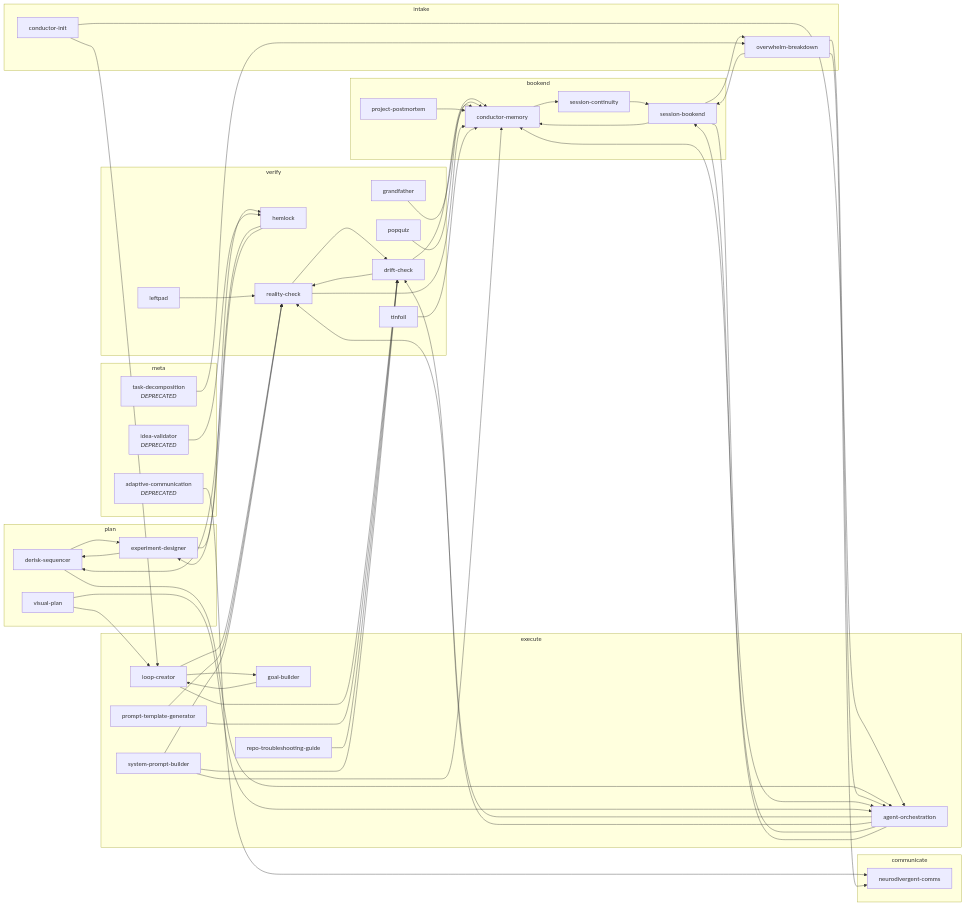
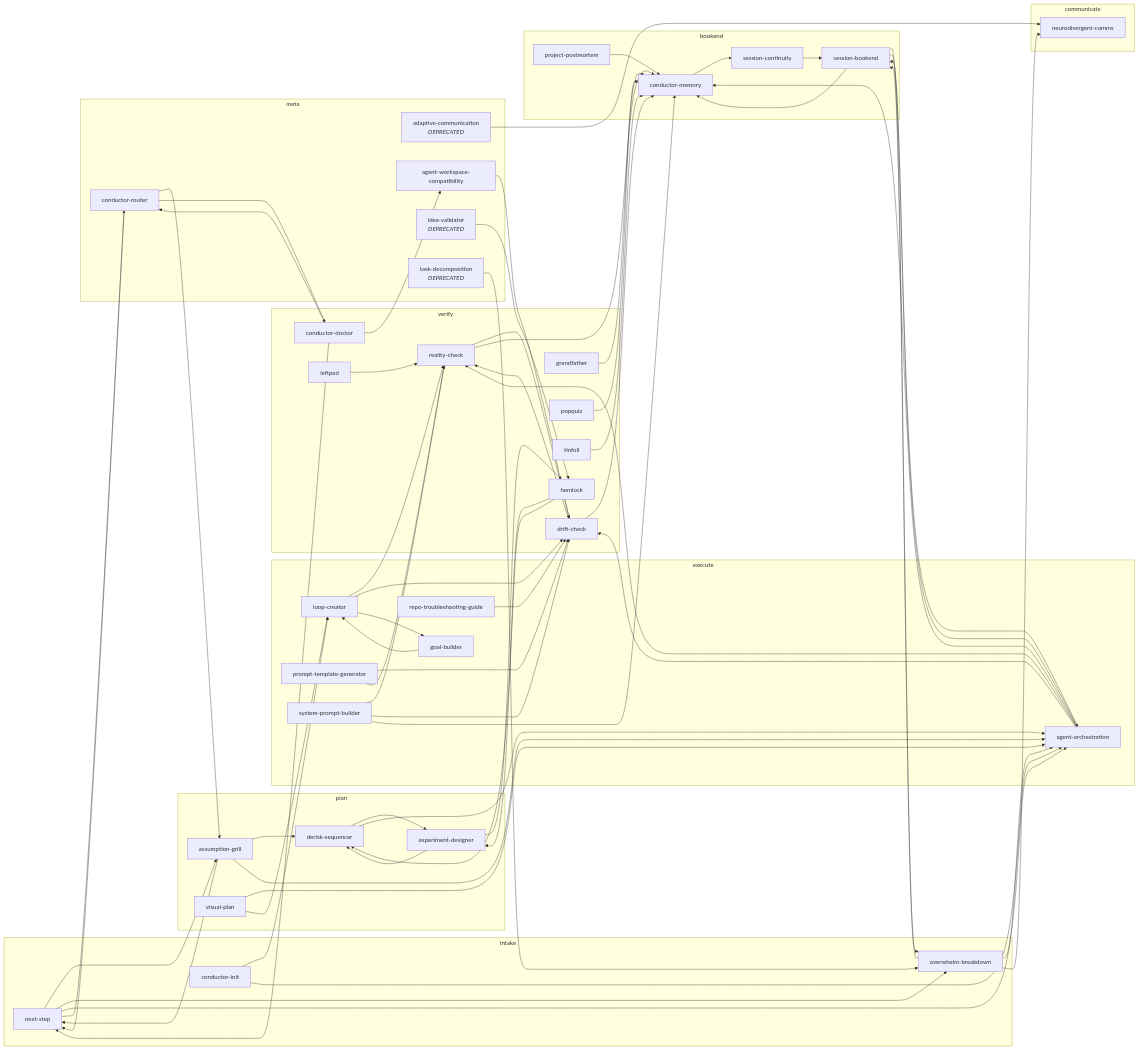
One commit to scoobydrew83/skills changed the diagram in skill-graph.md. Above: the diagram before and after it, drawn with Mermaid. The commit also changed other lines of this file and 168 other files, not shown here.

```diff
--- a/skill-graph.md
+++ b/skill-graph.md
@@ -40,9 +45,11 @@
 graph LR
   subgraph intake
     conductor-init
+    next-step
     overwhelm-breakdown
   end
   subgraph plan
+    assumption-grill
     derisk-sequencer
     experiment-designer
     visual-plan
@@ -56,6 +63,7 @@
     system-prompt-builder
   end
   subgraph verify
+    conductor-doctor
     drift-check
     grandfather
     hemlock
@@ -75,6 +83,8 @@
   end
   subgraph meta
     adaptive-communication["adaptive-communication<br/><i>DEPRECATED</i>"]
+    agent-workspace-compatibility
+    conductor-router
     idea-validator["idea-validator<br/><i>DEPRECATED</i>"]
     task-decomposition["task-decomposition<br/><i>DEPRECATED</i>"]
   end
@@ -83,9 +93,19 @@
   agent-orchestration --> drift-check
   agent-orchestration --> conductor-memory
   agent-orchestration --> session-bookend
+  agent-workspace-compatibility --> drift-check
+  assumption-grill --> next-step
+  assumption-grill --> derisk-sequencer
+  assumption-grill --> agent-orchestration
+  conductor-doctor --> next-step
+  conductor-doctor --> conductor-router
+  conductor-doctor --> agent-workspace-compatibility
   conductor-init --> loop-creator
   conductor-init --> agent-orchestration
   conductor-memory --> session-continuity
+  conductor-router --> next-step
+  conductor-router --> assumption-grill
+  conductor-router --> conductor-doctor
   derisk-sequencer --> experiment-designer
   derisk-sequencer --> agent-orchestration
   drift-check --> reality-check
@@ -101,6 +121,10 @@
   loop-creator --> reality-check
   loop-creator --> drift-check
   loop-creator --> goal-builder
+  next-step --> assumption-grill
+  next-step --> overwhelm-breakdown
+  next-step --> agent-orchestration
+  next-step --> conductor-router
   overwhelm-breakdown --> agent-orchestration
   overwhelm-breakdown --> neurodivergent-comms
   overwhelm-breakdown --> session-bookend
```
